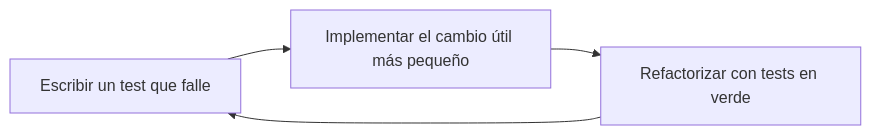
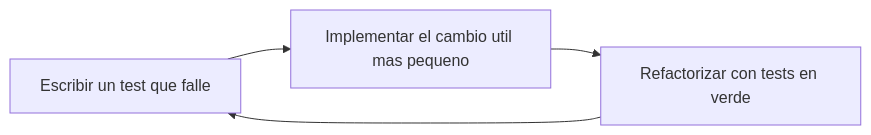
Before and after one commit to Programito/fullstack-architecture-lab: the first of 2 diagrams in frontend/docs/testing.md, drawn with Mermaid. The commit also changed other lines of this file and 1 other file, not shown here.

Commit message:
test: refactor layout page spec interactions

````diff
--- a/frontend/docs/testing.md
+++ b/frontend/docs/testing.md
@@ -25,6 +25,6 @@
 ```mermaid
 flowchart LR
-  Red["Escribir un test que falle"] --> Green["Implementar el cambio útil más pequeño"]
+  Red["Escribir un test que falle"] --> Green["Implementar el cambio util mas pequeno"]
   Green --> Refactor["Refactorizar con tests en verde"]
   Refactor --> Red
 ```
````
